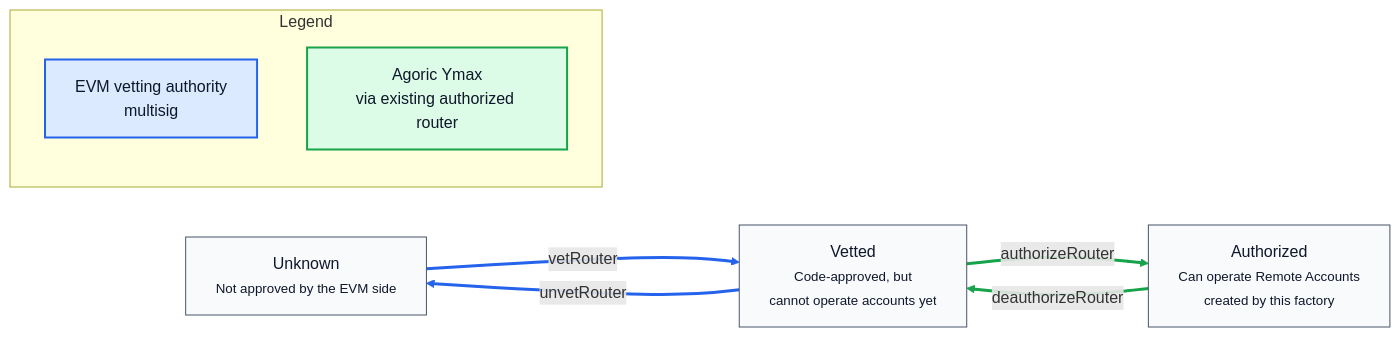
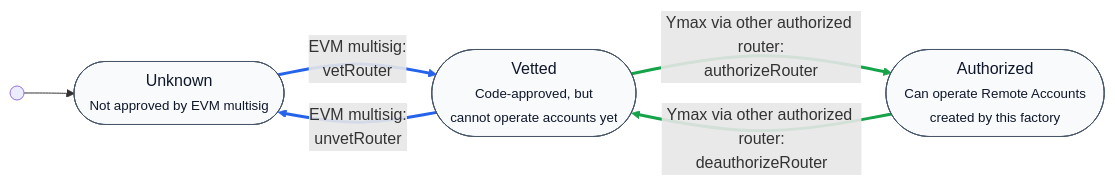
One commit to agoric-labs/agoric-to-axelar-local changed the fourth of 6 diagrams in agoric-docs/ymax-evm-remote-accounts.md. Above: the diagram before and after it, drawn with Mermaid. The commit also changed other lines of this file, not shown here.

````diff
--- a/agoric-docs/ymax-evm-remote-accounts.md
+++ b/agoric-docs/ymax-evm-remote-accounts.md
@@ -151,28 +151,21 @@
 ```mermaid
 flowchart LR
-  Unknown["Unknown<br/><small>Not approved by the EVM side</small>"]
-  Vetted["Vetted<br/><small>Code-approved, but<br/>cannot operate accounts yet</small>"]
-  Authorized["Authorized<br/><small>Can operate Remote Accounts<br/>created by this factory</small>"]
+  START@{shape: start}
+  Unknown(["Unknown<br/><small>Not approved by EVM multisig</small>"])
+  Vetted(["Vetted<br/><small>Code-approved, but<br/>cannot operate accounts yet</small>"])
+  Authorized(["Authorized<br/><small>Can operate Remote Accounts<br/>created by this factory</small>"])
 
-  subgraph Legend["Legend"]
-    EvmAuth["EVM vetting authority<br/>multisig"]
-    AgoricAuth["Agoric Ymax<br/>via existing authorized router"]
-  end
-
-  Unknown -->|"vetRouter"| Vetted
-  Vetted -->|"authorizeRouter"| Authorized
-  Authorized -->|"deauthorizeRouter"| Vetted
-  Vetted -->|"unvetRouter"| Unknown
+  START --> Unknown
+  Unknown -->|"EVM multisig:<br/>vetRouter"| Vetted
+  Vetted -->|"Ymax via other authorized router:<br/>authorizeRouter"| Authorized
+  Authorized -->|"Ymax via other authorized router:<br/>deauthorizeRouter"| Vetted
+  Vetted -->|"EVM multisig:<br/>unvetRouter"| Unknown
 
   classDef state fill:#f8fafc,stroke:#475569,stroke-width:1px,color:#0f172a
-  classDef evm fill:#dbeafe,stroke:#2563eb,stroke-width:2px,color:#0f172a
-  classDef agoric fill:#dcfce7,stroke:#16a34a,stroke-width:2px,color:#0f172a
   class Unknown,Vetted,Authorized state
-  class EvmAuth evm
-  class AgoricAuth agoric
 
-  linkStyle 0 stroke:#2563eb,stroke-width:3px
-  linkStyle 1 stroke:#16a34a,stroke-width:3px
+  linkStyle 1 stroke:#2563eb,stroke-width:3px
   linkStyle 2 stroke:#16a34a,stroke-width:3px
-  linkStyle 3 stroke:#2563eb,stroke-width:3px
+  linkStyle 3 stroke:#16a34a,stroke-width:3px
+  linkStyle 4 stroke:#2563eb,stroke-width:3px
 ```
````
